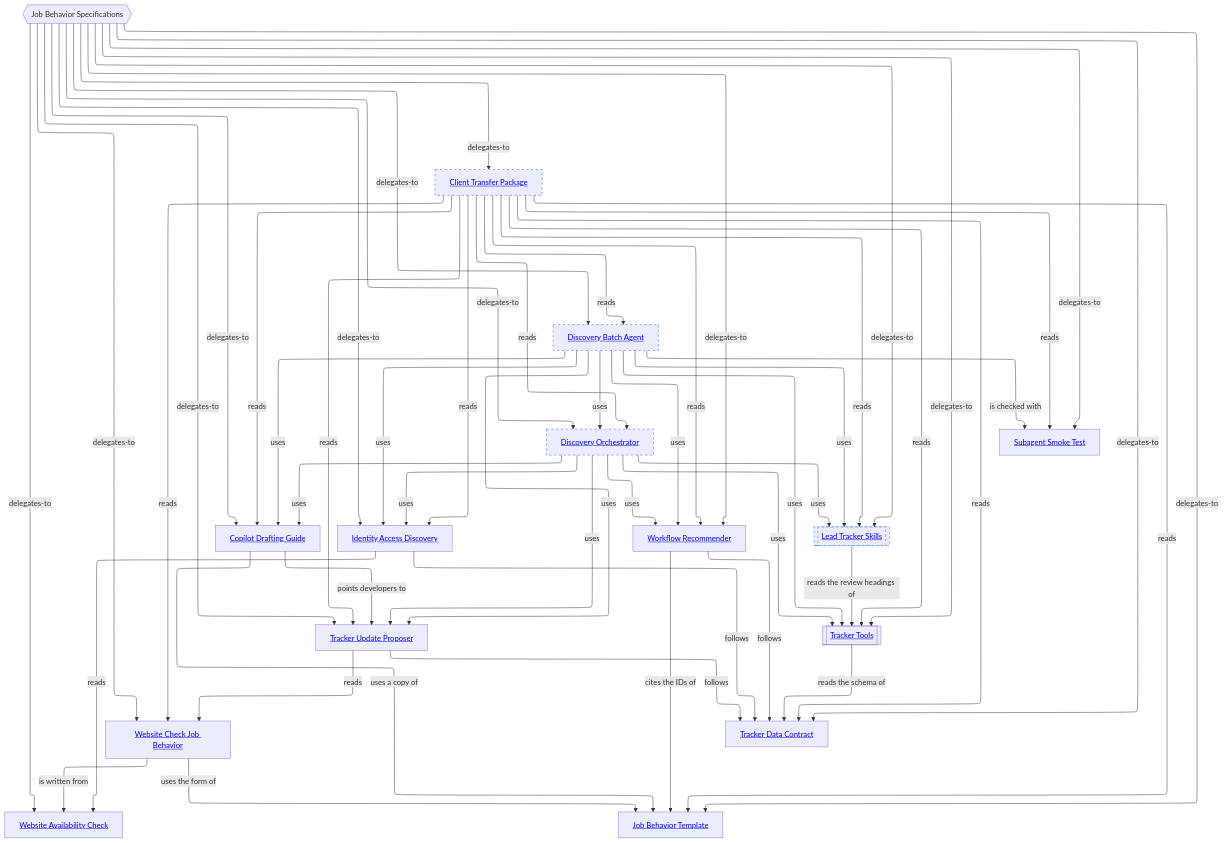
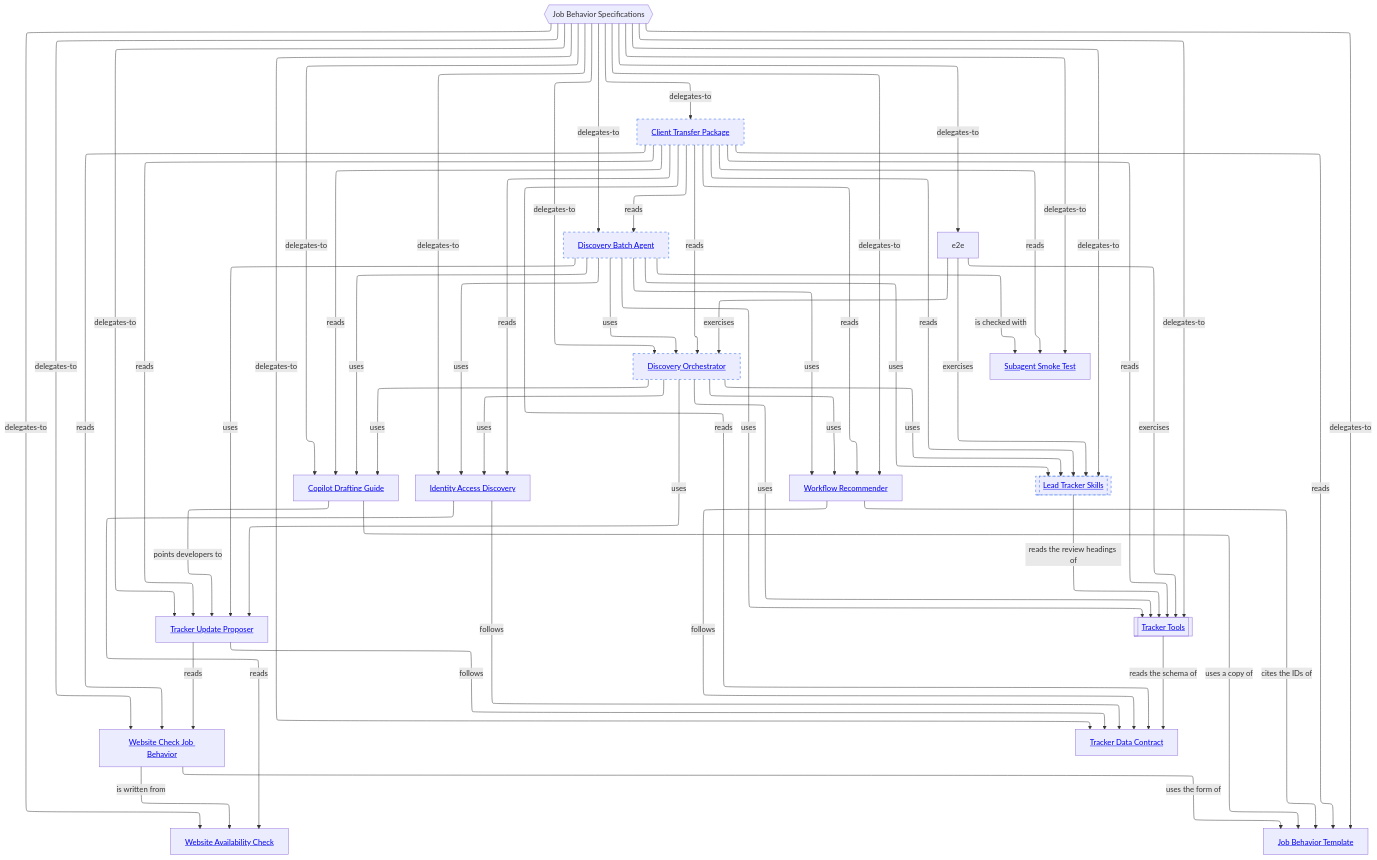
Before and after one commit to vrparthasarathy/migration-job-discovery: the second of 2 diagrams in README.md, drawn with Mermaid. The commit also changed other lines of this file and 6 other files, not shown here.

````diff
--- a/README.md
+++ b/README.md
@@ -156,76 +161,80 @@
 ```mermaid
 ---
 config:
   layout: elk
 ---
 %%{init: {"securityLevel": "loose"}}%%
 flowchart TB
   root{{"Job Behavior Specifications"}}
   check["<a href='website-availability-check/README.md#diagram'>Website Availability Check</a>"]
   tmpl["<a href='job-behavior-template/README.md#diagram'>Job Behavior Template</a>"]
   ref["<a href='website-check-job-behavior/README.md#diagram'>Website Check Job Behavior</a>"]
   guide["<a href='copilot-drafting-guide/README.md#diagram'>Copilot Drafting Guide</a>"]
   contract["<a href='tracker-data-contract/README.md#diagram'>Tracker Data Contract</a>"]
   proposer["<a href='tracker-update-proposer/README.md#diagram'>Tracker Update Proposer</a>"]
   access["<a href='identity-access-discovery/README.md#diagram'>Identity Access Discovery</a>"]
   recommender["<a href='workflow-recommender/README.md#diagram'>Workflow Recommender</a>"]
   tools[["<a href='tracker-tools/README.md#diagram'>Tracker Tools</a>"]]
   orch["<a href='discovery-orchestrator/README.md#planned-diagram'>Discovery Orchestrator</a>"]:::planned
   transfer["<a href='client-transfer-package/README.md#planned-diagram'>Client Transfer Package</a>"]:::planned
   skills[["<a href='lead-tracker-skills/README.md#diagram'>Lead Tracker Skills</a>"]]:::planned
   batch["<a href='discovery-batch-agent/README.md#planned-diagram'>Discovery Batch Agent</a>"]:::planned
   smoke["<a href='subagent-smoke-test/README.md#design'>Subagent Smoke Test</a>"]
   root -->|delegates-to| check
   root -->|delegates-to| tmpl
   root -->|delegates-to| ref
   root -->|delegates-to| guide
   root -->|delegates-to| contract
   root -->|delegates-to| proposer
   root -->|delegates-to| access
   root -->|delegates-to| recommender
   root -->|delegates-to| tools
   root -->|delegates-to| orch
   root -->|delegates-to| transfer
   root -->|delegates-to| skills
   root -->|delegates-to| batch
   root -->|delegates-to| smoke
   ref -->|"uses the form of"| tmpl
   ref -->|"is written from"| check
   guide -->|"uses a copy of"| tmpl
   guide -->|"points developers to"| proposer
   proposer -->|"follows"| contract
   access -->|"follows"| contract
   recommender -->|"follows"| contract
   tools -->|"reads the schema of"| contract
   proposer -->|"reads"| ref
   access -->|"reads"| check
   recommender -->|"cites the IDs of"| tmpl
   orch -->|"uses"| proposer
   orch -->|"uses"| access
   orch -->|"uses"| guide
   orch -->|"uses"| recommender
   orch -->|"uses"| tools
   transfer -->|"reads"| guide
   transfer -->|"reads"| proposer
   transfer -->|"reads"| access
   transfer -->|"reads"| recommender
   transfer -->|"reads"| orch
   transfer -->|"reads"| contract
   transfer -->|"reads"| tools
   transfer -->|"reads"| tmpl
   transfer -->|"reads"| ref
   transfer -->|"reads"| skills
   skills -->|"reads the review headings of"| tools
   orch -->|"uses"| skills
   batch -->|"uses"| proposer
   batch -->|"uses"| access
   batch -->|"uses"| guide
   batch -->|"uses"| recommender
   batch -->|"uses"| tools
   batch -->|"uses"| skills
   batch -->|"uses"| orch
   batch -->|"is checked with"| smoke
   transfer -->|"reads"| batch
   transfer -->|"reads"| smoke
+  root -->|delegates-to| e2e
+  e2e -->|"exercises"| orch
+  e2e -->|"exercises"| skills
+  e2e -->|"exercises"| tools
   classDef planned stroke-dasharray: 5 5,stroke:#2563eb
 ```
````
